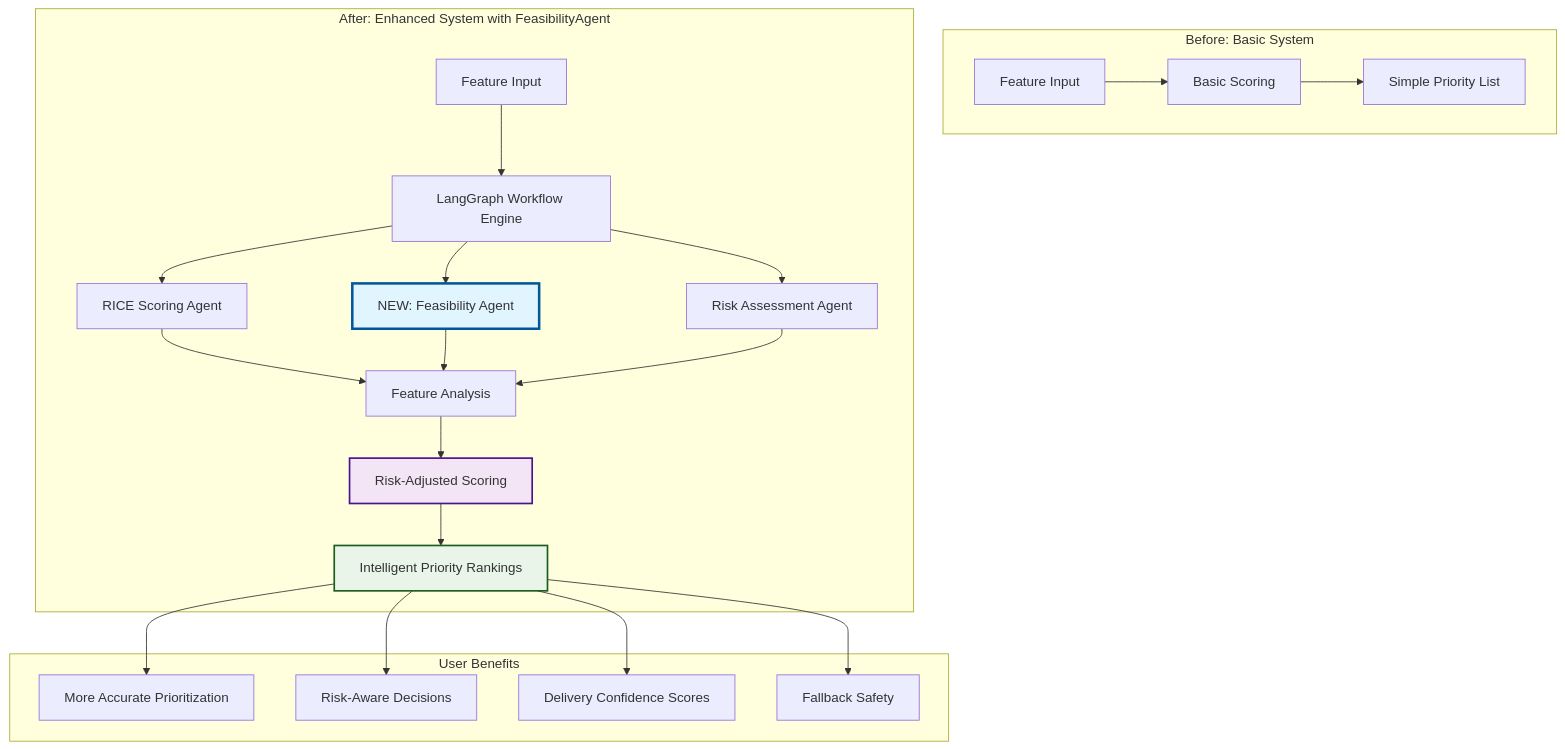
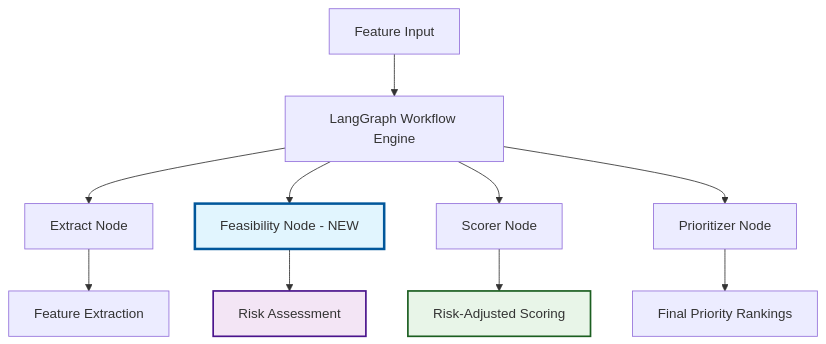
The diagram in feature_prioritizer/TPM_Activity.md (nmansur0ct/Agents), drawn with Mermaid before and after one commit. The commit also changed other lines of this file, not shown here.

````diff
--- a/feature_prioritizer/TPM_Activity.md
+++ b/feature_prioritizer/TPM_Activity.md
@@ -75,37 +27,17 @@
 ```mermaid
 graph TD
-    subgraph "Before: Basic System"
-        A1[Feature Input] --> B1[Basic Scoring]
-        B1 --> C1[Simple Priority List]
-    end
+    A[Feature Input] --> B[LangGraph Workflow Engine]
+    B --> C[Extract Node]
+    B --> D[Feasibility Node - NEW]
+    B --> E[Scorer Node]
+    B --> F[Prioritizer Node]
     
-    subgraph "After: Enhanced System with FeasibilityAgent"
-        A2[Feature Input] --> B2[LangGraph Workflow Engine]
-        B2 --> C2[RICE Scoring Agent]
-        B2 --> D2[NEW: Feasibility Agent]
-        B2 --> E2[Risk Assessment Agent]
-        
-        C2 --> F2[Feature Analysis]
-        D2 --> F2
-        E2 --> F2
-        
-        F2 --> G2[Risk-Adjusted Scoring]
-        G2 --> H2[Intelligent Priority Rankings]
-        
-        style D2 fill:#e1f5fe,stroke:#01579b,stroke-width:3px
-        style G2 fill:#f3e5f5,stroke:#4a148c,stroke-width:2px
-        style H2 fill:#e8f5e8,stroke:#1b5e20,stroke-width:2px
-    end
+    C --> G[Feature Extraction]
+    D --> H[Risk Assessment]
+    E --> I[Risk-Adjusted Scoring]
+    F --> J[Final Priority Rankings]
     
-    subgraph "User Benefits"
-        I[More Accurate Prioritization]
-        J[Risk-Aware Decisions]
-        K[Delivery Confidence Scores]
-        L[Fallback Safety]
-    end
-    
-    H2 --> I
-    H2 --> J
-    H2 --> K
-    H2 --> L
+    style D fill:#e1f5fe,stroke:#01579b,stroke-width:3px
+    style H fill:#f3e5f5,stroke:#4a148c,stroke-width:2px
+    style I fill:#e8f5e8,stroke:#1b5e20,stroke-width:2px
 ```
````
